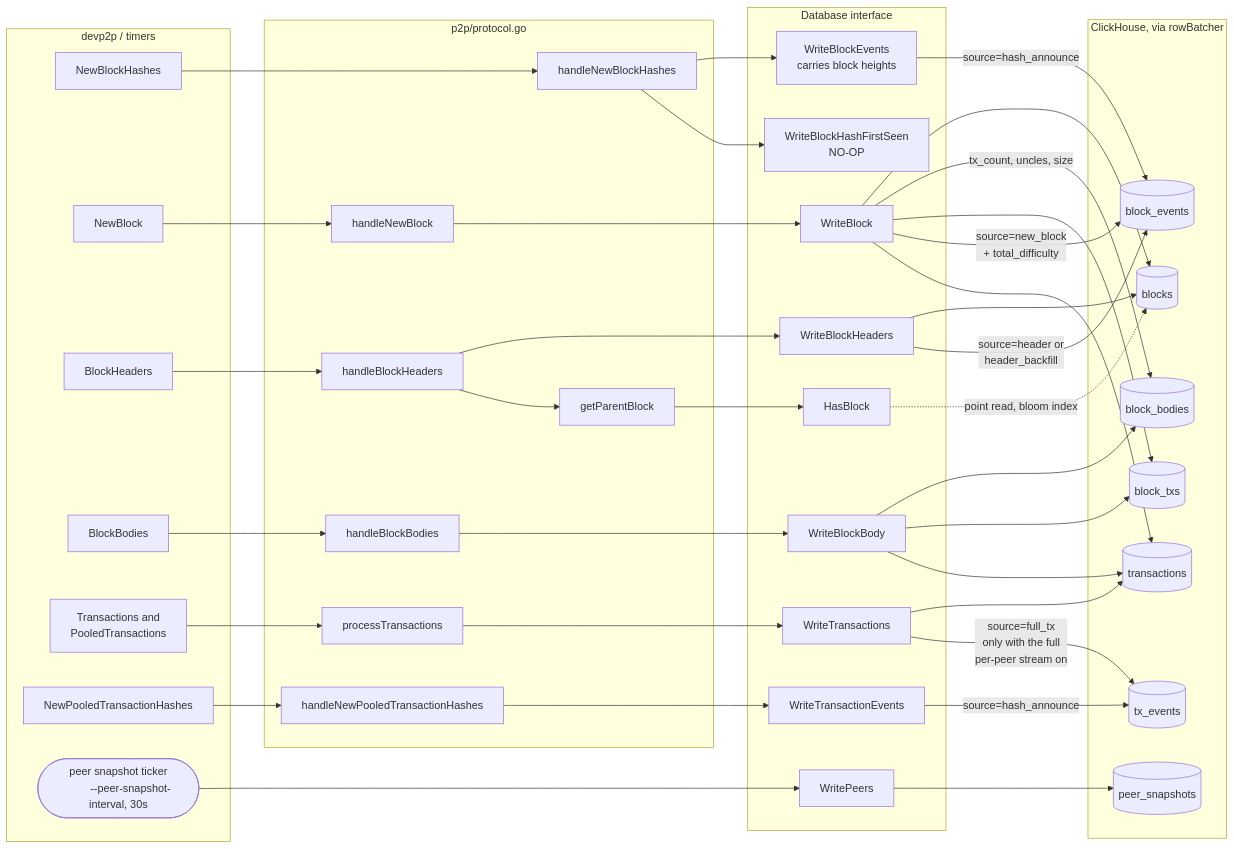
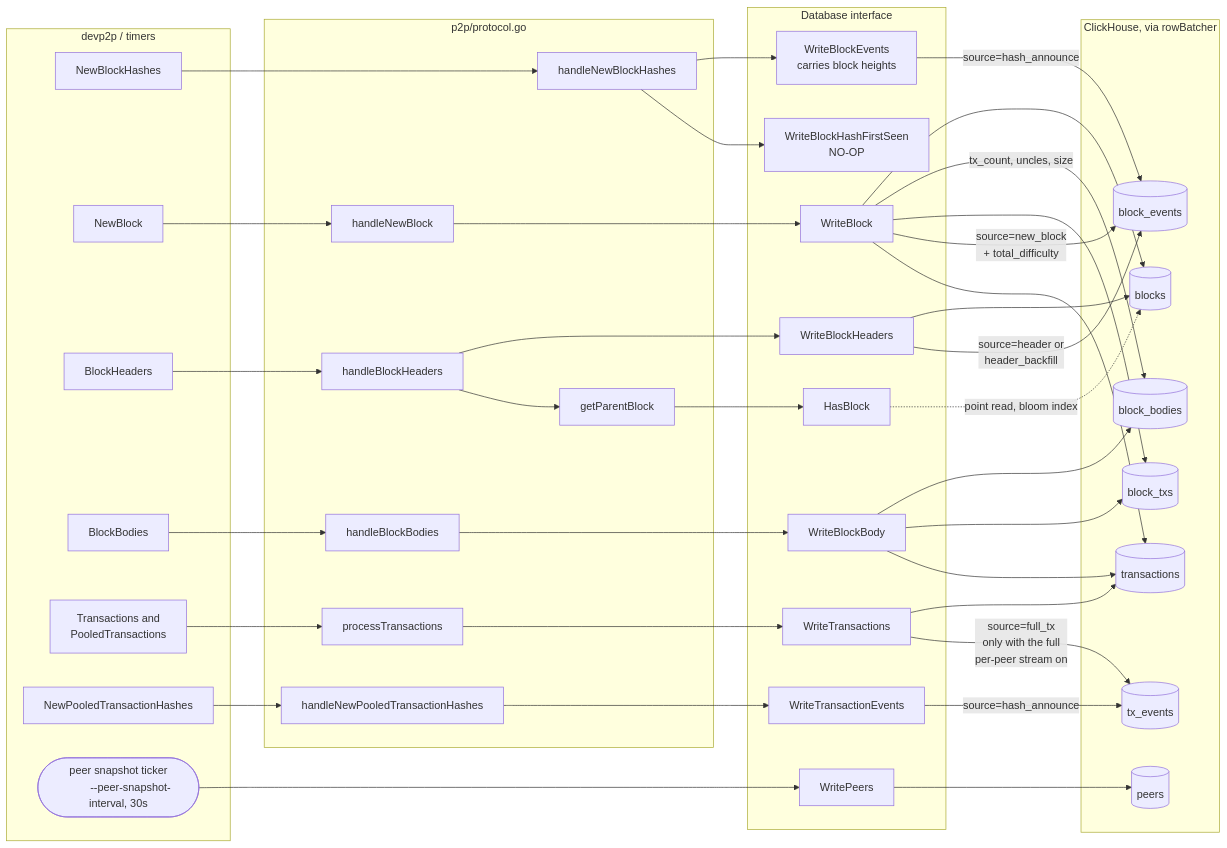
One commit to 0xPolygon/polygon-cli changed the third of 3 diagrams in cmd/p2p/sensor/clickhouse.md. Above: the diagram before and after it, drawn with Mermaid. The commit also changed other lines of this file and 2 other files, not shown here.

First line of the commit message:
refactor(p2p/sensor): rename peer_snapshots to peers, stop writing unused fields

```diff
--- a/cmd/p2p/sensor/clickhouse.md
+++ b/cmd/p2p/sensor/clickhouse.md
@@ -311,7 +314,7 @@
         T4[(block_events)]
         T5[(transactions)]
         T6[(tx_events)]
-        T7[(peer_snapshots)]
+        T7[(peers)]
     end
 
     M1 --> H1
```
